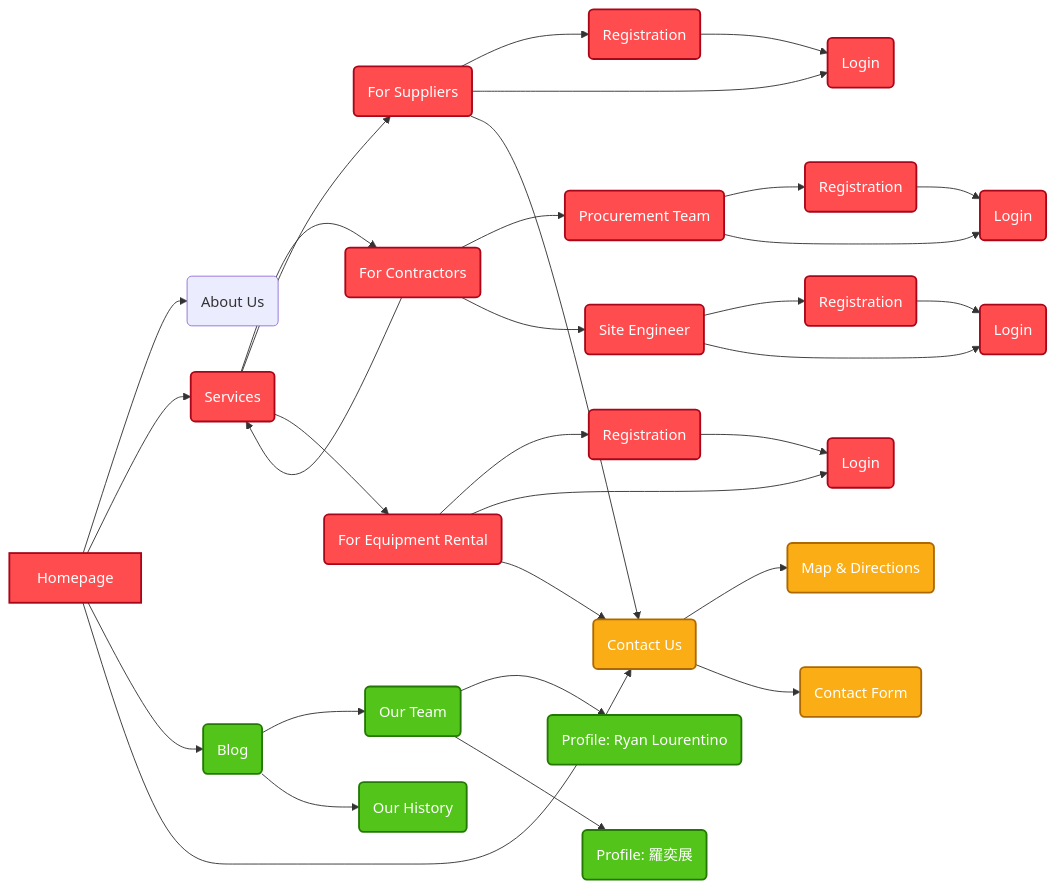
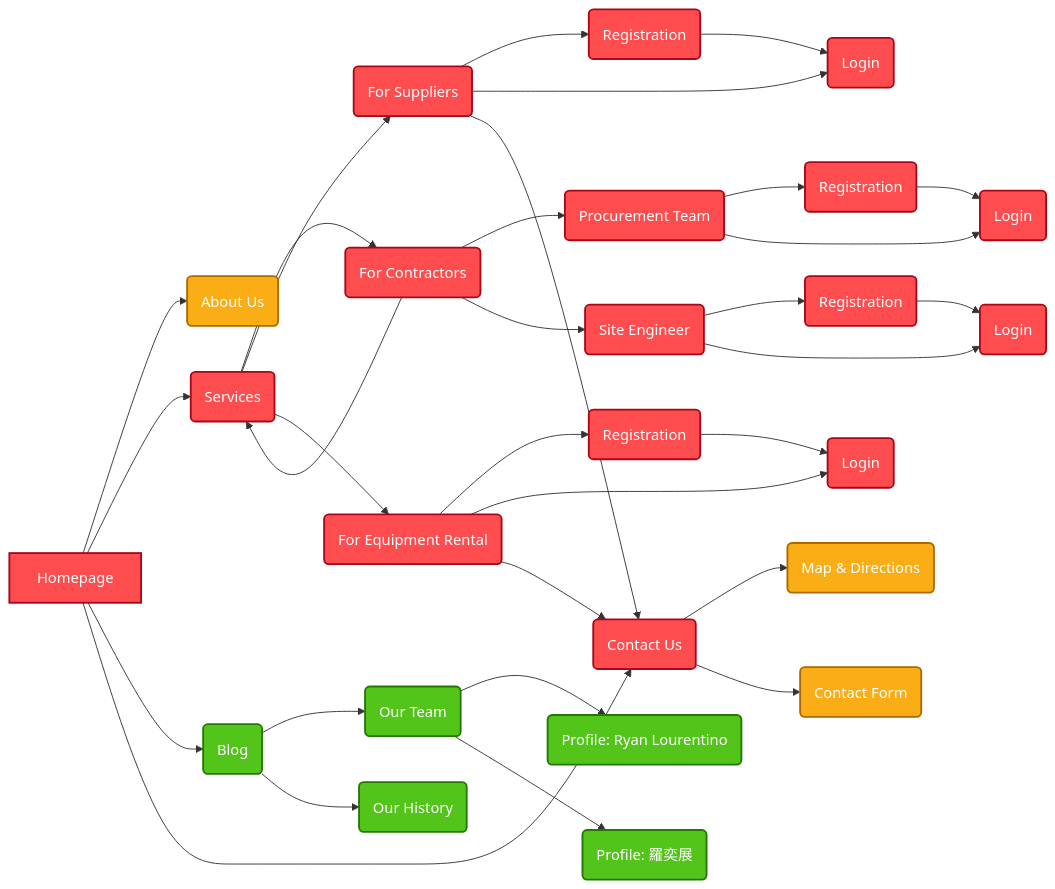
One commit to ryanlourentino/project-flow changed the diagram in README.md. Above: the diagram before and after it, drawn with Mermaid.

Commit message:
edit priority 2th

````diff
--- a/README.md
+++ b/README.md
@@ -19,53 +19,53 @@
 ```mermaid 
 graph LR
 
 	classDef high fill:#ff4d4f,stroke:#a8071a,stroke-width:2px,color:#ffffff;
 	classDef medium fill:#faad14,stroke:#ad6800,stroke-width:2px,color:#ffffff;
 	classDef low fill:#52c41a,stroke:#237804,stroke-width:2px,color:#ffffff;
 
 
 	A[Homepage] --> B(About Us)
 	A --> E(Services)
 	A --> C(Blog)
 	A --> D(Contact Us)
 
 	C --> C1(Our Team)
 	C --> C2(Our History)
 
 	C1 --> CA1(Profile: Ryan Lourentino)
 	C1 --> CA2(Profile: 羅奕展)
 
 	E --> Co1(For Contractors)
 	E --> Sup1(For Suppliers)
 	E --> ER1(For Equipment Rental)
 
 	Co1 --> Pro1(Procurement Team)
 	Co1 --> SE1(Site Engineer)
 	Co1 --> E
 
 	Pro1 --> Pro2(Registration)
 	Pro1 --> Pro3(Login)
 	Pro2 --> Pro3
 
 	SE1 --> SE2(Registration)
 	SE1 --> SE3(Login)
 	SE2 --> SE3
 
 	Sup1 --> Sup2(Registration)
 	Sup1 --> Sup3(Login)
 	Sup2 --> Sup3
 	Sup1 --> D
 
 	ER1 --> ER2(Registration)
 	ER1 --> ER3(Login)
 	ER2 --> ER3
 	ER1 --> D
 
 	D --> D1(Map & Directions)
 	D --> D2(Contact Form)
 
 	%%DefPriority
-	class A,E,Co1,Sup1,Pro1,Pro2,Pro3,SE1,SE2,SE3,Sup2,Sup3,ER1,ER2,ER3 high;
-	class D,D1,D2 medium;
+	class A,D,E,Co1,Sup1,Pro1,Pro2,Pro3,SE1,SE2,SE3,Sup2,Sup3,ER1,ER2,ER3 high;
+	class B,D1,D2 medium;
 	class C,C1,C2,CA1,CA2 low;
 ```
````
